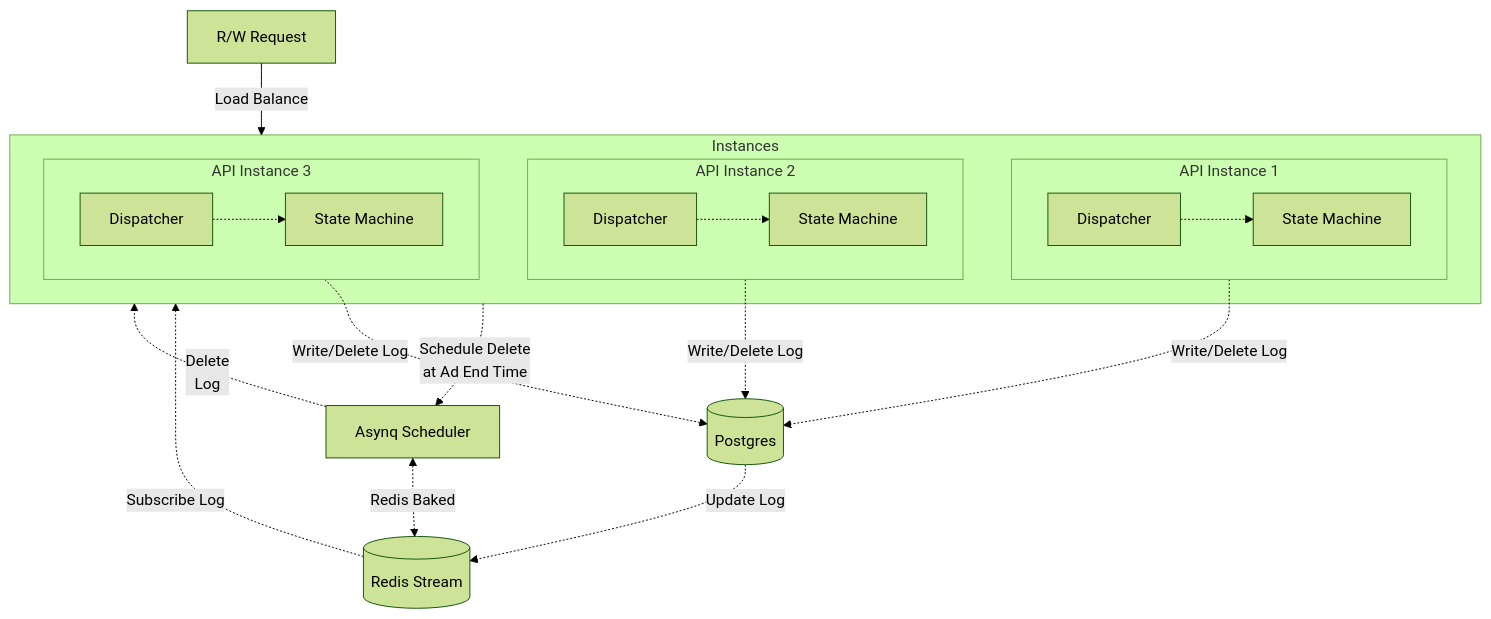
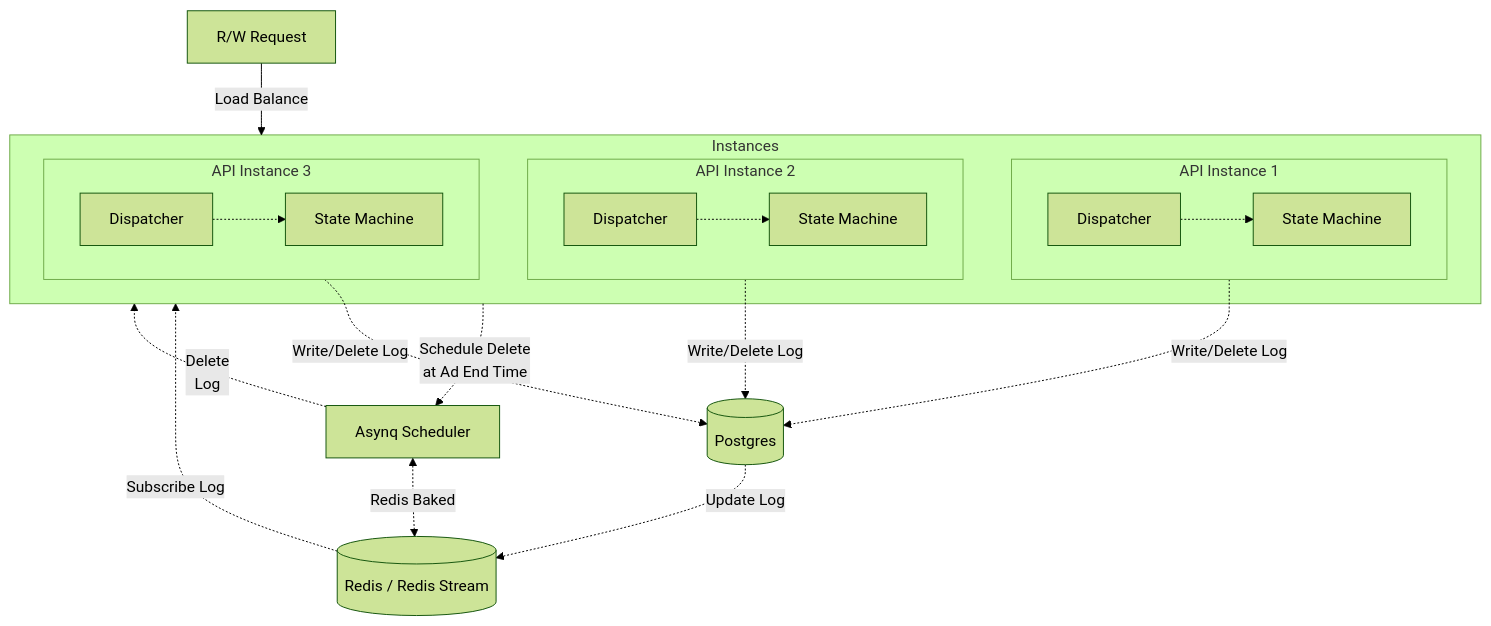
One commit to peterxcli/ad-server changed the first of 2 diagrams in README.md. Above: the diagram before and after it, drawn with Mermaid (forest theme).

Commit message:
docs: Update RedisStream description

````diff
--- a/README.md
+++ b/README.md
@@ -76,31 +76,31 @@
 ```mermaid
 flowchart TD
     Request[R/W Request] -->|Load Balance| Instances[Dispatcher]
 
     subgraph Instances["Instances"]
         subgraph Instance1["API Instance 1"]
             SM1[State Machine]
             D1[Dispatcher] -.-> SM1
         end
 
         subgraph Instance2["API Instance 2"]
             SM2[State Machine]
             D2[Dispatcher] -.-> SM2
         end
 
         subgraph Instance3["API Instance 3"]
             SM3[State Machine]
             D3[Dispatcher] -.-> SM3
         end
     end
 
     Scheduler["Asynq Scheduler"] -.->|Delete\nLog| Instances
     Instances -.->|Schedule Delete\nat Ad End Time| Scheduler
     Scheduler <-.->|Redis Baked| RedisStream
     PG[(Postgres)] -.->|Update Log| RedisStream
-    RedisStream[("Redis Stream")] -.->|Subscribe Log| Instances
+    RedisStream[("Redis / Redis Stream")] -.->|Subscribe Log| Instances
 
     Instance1 -.->|Write/Delete Log| PG
     Instance2 -.->|Write/Delete Log| PG
     Instance3 -.->|Write/Delete Log| PG
 ```
````
